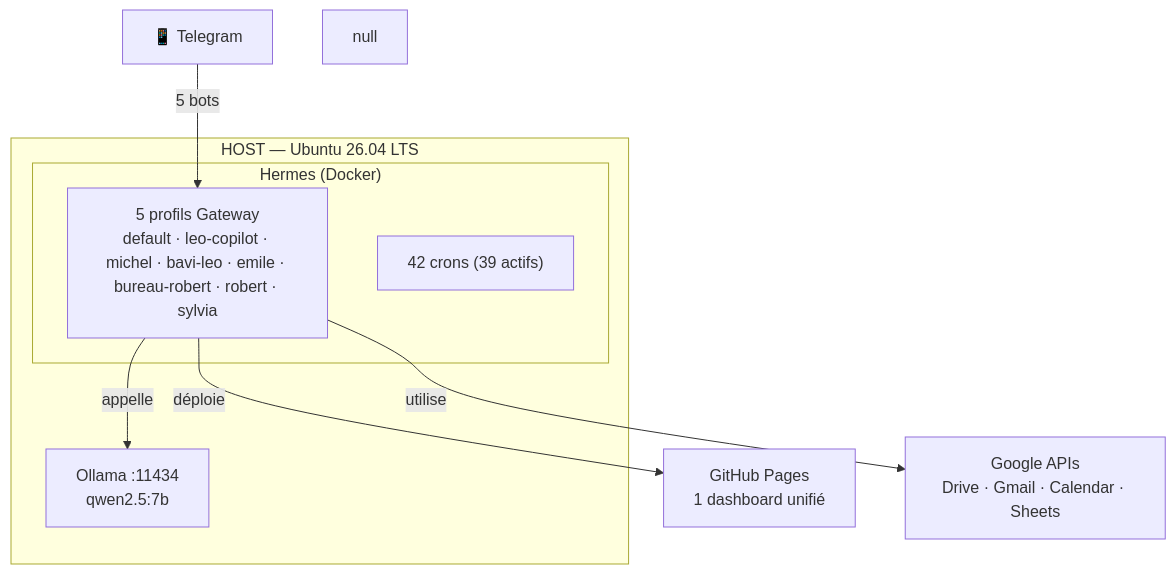
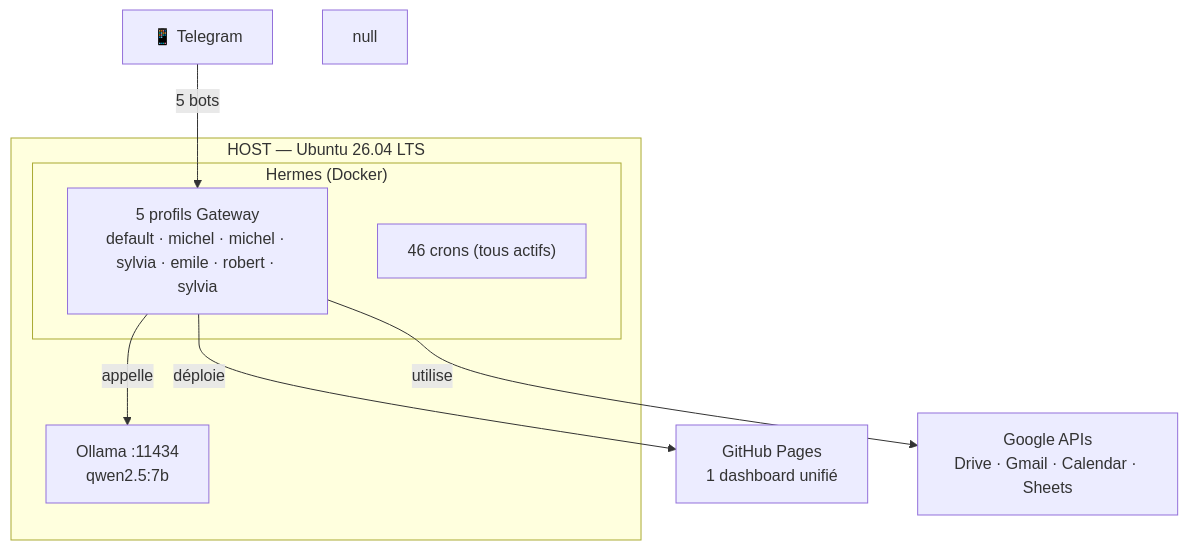
The diagram in docs/hermes/installation/linux.md (christophedanhier-hash/hermes-wiki), drawn with Mermaid before and after one commit. The commit also changed other lines of this file and 73 other files, not shown here.

Commit message:
audit: 205 fichiers audites, noms profils + crons + footer

````diff
--- a/docs/hermes/installation/linux.md
+++ b/docs/hermes/installation/linux.md
@@ -127,16 +127,16 @@
 ```mermaid
 graph TB
     subgraph HOST["HOST — Ubuntu 26.04 LTS"]
         Ollama["Ollama :11434<br/>qwen2.5:7b"]
         subgraph Docker["Hermes (Docker)"]
-            GW["5 profils Gateway<br/>default · leo-copilot · michel · bavi-leo · emile · bureau-robert · robert · sylvia"]
-            Crons["42 crons (39 actifs)"]
+            GW["5 profils Gateway<br/>default · michel · michel · sylvia · emile · robert · sylvia"]
+            Crons["46 crons (tous actifs)"]
         end
     end
     
     Telegram["📱 Telegram"] -->|"5 bots"| GW
     GW -->|"déploie"| GH["GitHub Pages<br/>1 dashboard unifié"]
     GW -->|"utilise"| Google["Google APIs<br/>Drive · Gmail · Calendar · Sheets"]
     GW -->|"appelle"| Ollama
     null
 ```
````
